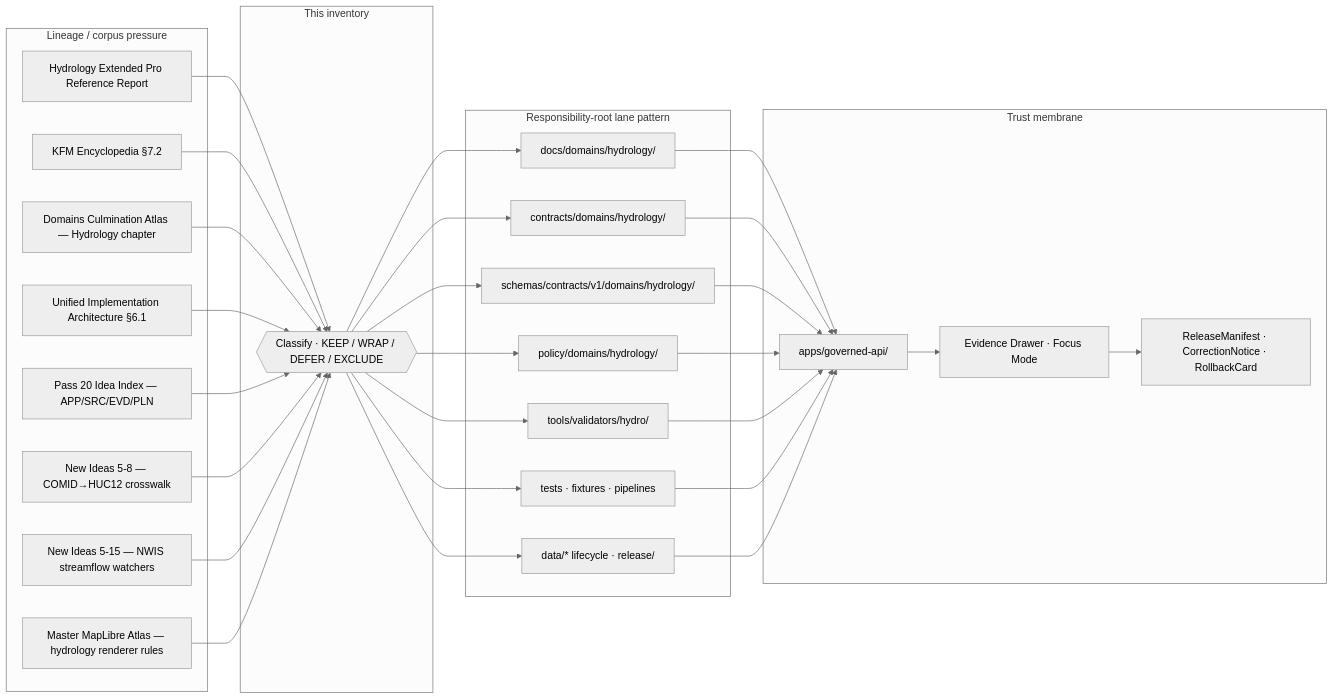
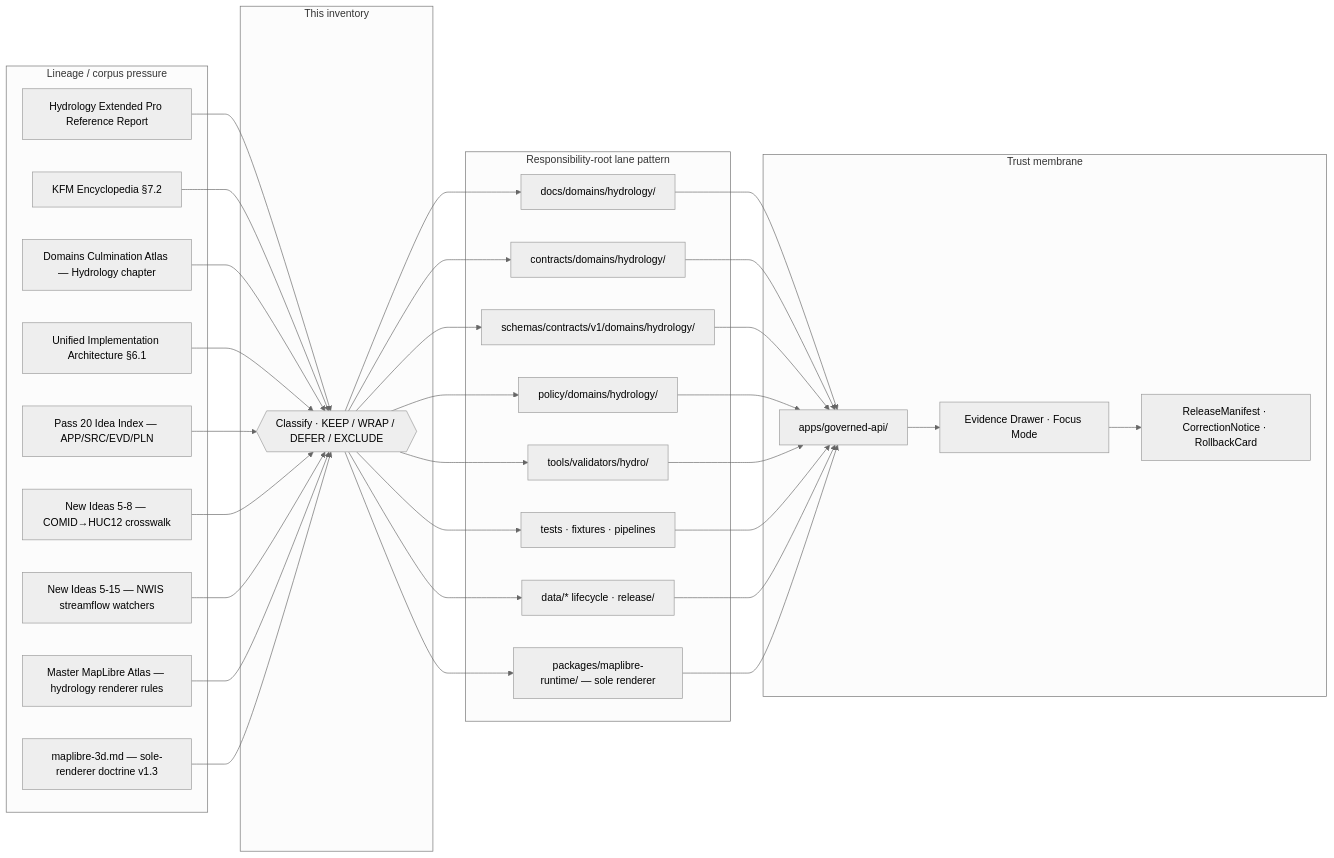
One commit to bartytime4life/Kansas-Frontier-Matrix changed the diagram in docs/domains/hydrology/CONTINUITY_INVENTORY.md. Above: the diagram before and after it, drawn with Mermaid (neutral theme). The commit also changed other lines of this file, not shown here.

````diff
--- a/docs/domains/hydrology/CONTINUITY_INVENTORY.md
+++ b/docs/domains/hydrology/CONTINUITY_INVENTORY.md
@@ -368,37 +394,39 @@
 ```mermaid
 flowchart LR
   subgraph Lineage [Lineage / corpus pressure]
     A[Hydrology Extended Pro Reference Report]
     B[KFM Encyclopedia §7.2]
     C[Domains Culmination Atlas — Hydrology chapter]
     D[Unified Implementation Architecture §6.1]
     E[Pass 20 Idea Index — APP/SRC/EVD/PLN]
     F[New Ideas 5-8 — COMID→HUC12 crosswalk]
     G[New Ideas 5-15 — NWIS streamflow watchers]
     H[Master MapLibre Atlas — hydrology renderer rules]
+    H2[maplibre-3d.md — sole-renderer doctrine v1.3]
   end
 
   subgraph Continuity [This inventory]
     I{{Classify · KEEP / WRAP / DEFER / EXCLUDE}}
   end
 
   subgraph LanePattern [Responsibility-root lane pattern]
     J[docs/domains/hydrology/]
     K[contracts/domains/hydrology/]
     L[schemas/contracts/v1/domains/hydrology/]
     M[policy/domains/hydrology/]
     N[tools/validators/hydro/]
     O[tests · fixtures · pipelines]
     P[data/* lifecycle · release/]
+    MR[packages/maplibre-runtime/ — sole renderer]
   end
 
   subgraph TrustPath [Trust membrane]
     Q[apps/governed-api/]
     R[Evidence Drawer · Focus Mode]
     S[ReleaseManifest · CorrectionNotice · RollbackCard]
   end
 
-  A & B & C & D & E & F & G & H --> I
-  I --> J & K & L & M & N & O & P
-  J & K & L & M & N & O & P --> Q --> R --> S
+  A & B & C & D & E & F & G & H & H2 --> I
+  I --> J & K & L & M & N & O & P & MR
+  J & K & L & M & N & O & P & MR --> Q --> R --> S
 ```
````
